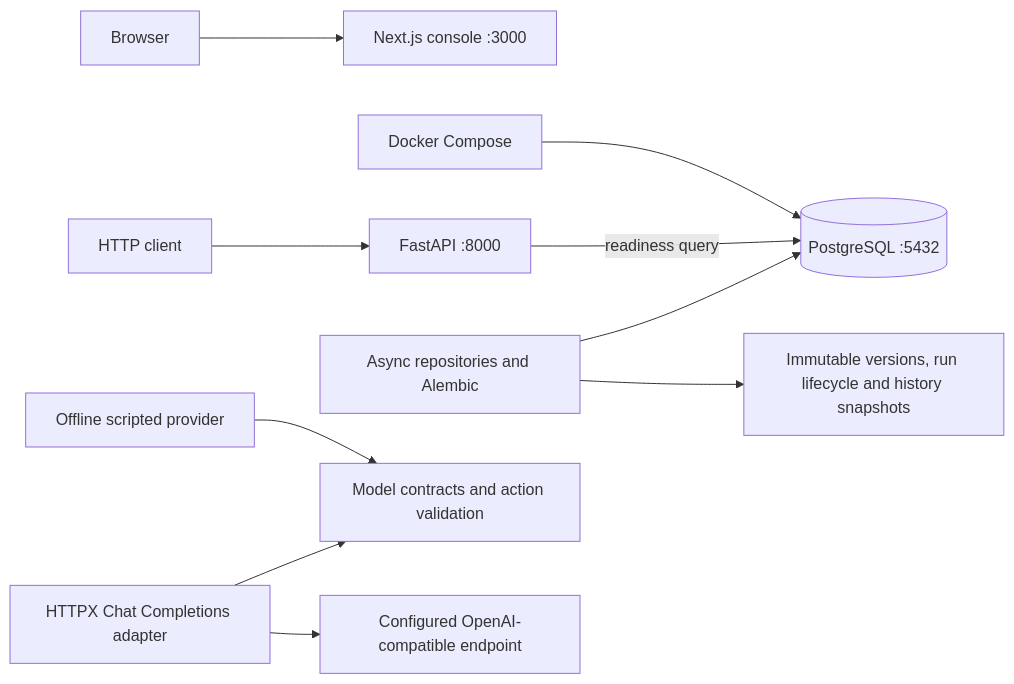
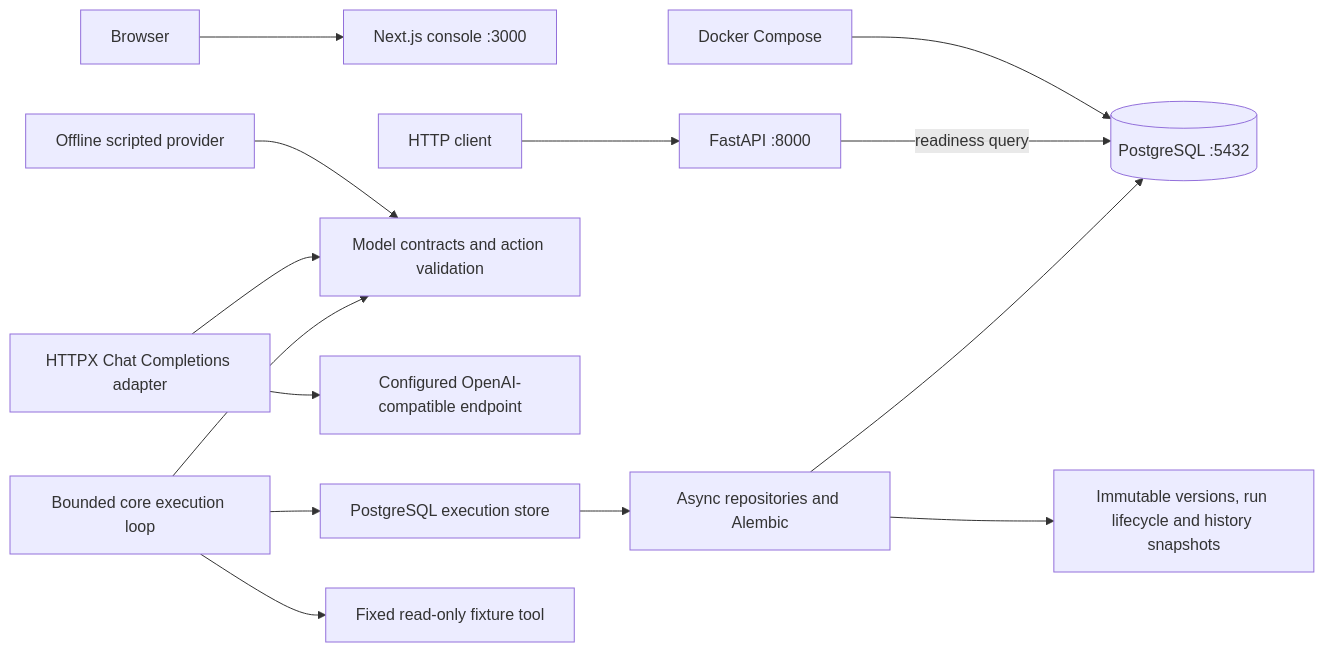
The first of 2 diagrams in ARCHITECTURE.md (TaoM29/runveil), drawn with Mermaid before and after one commit. The commit also changed other lines of this file and 2 other files, not shown here.

Commit message:
docs: update Runveil architecture roadmap and project overview

````diff
--- a/ARCHITECTURE.md
+++ b/ARCHITECTURE.md
@@ -5,12 +5,16 @@
 ```mermaid
 flowchart LR
     Browser --> Web[Next.js console :3000]
     Client[HTTP client] --> API[FastAPI :8000]
     Compose[Docker Compose] --> PG[(PostgreSQL :5432)]
     API -->|readiness query| PG
     Persistence[Async repositories and Alembic] --> PG
     Persistence --> Domain[Immutable versions, run lifecycle and history snapshots]
     Scripted[Offline scripted provider] --> Contracts[Model contracts and action validation]
     Hosted[HTTPX Chat Completions adapter] --> Contracts
     Hosted --> Endpoint[Configured OpenAI-compatible endpoint]
+    Runtime[Bounded core execution loop] --> Contracts
+    Runtime --> Store[PostgreSQL execution store]
+    Store --> Persistence
+    Runtime --> Fixture[Fixed read-only fixture tool]
 ```
````
